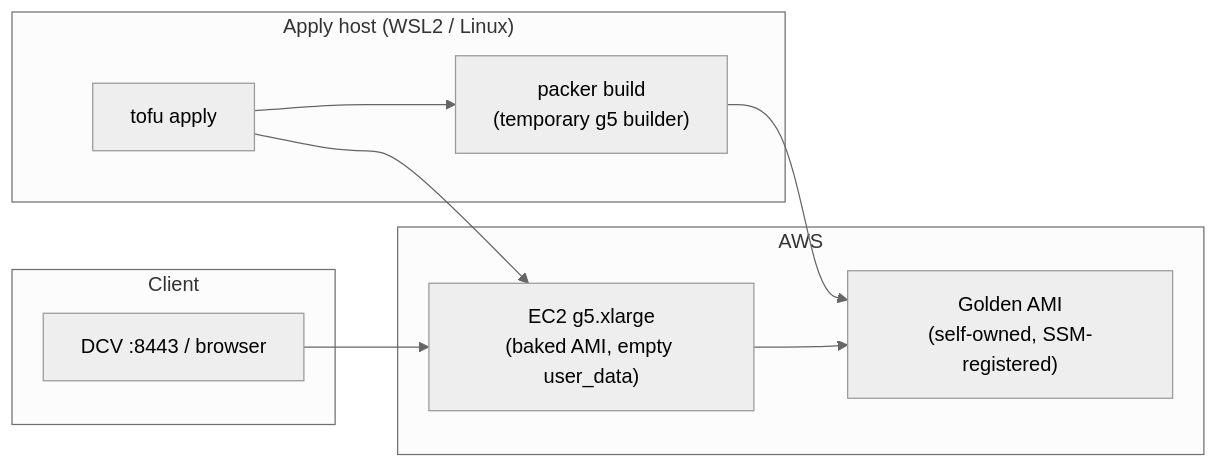
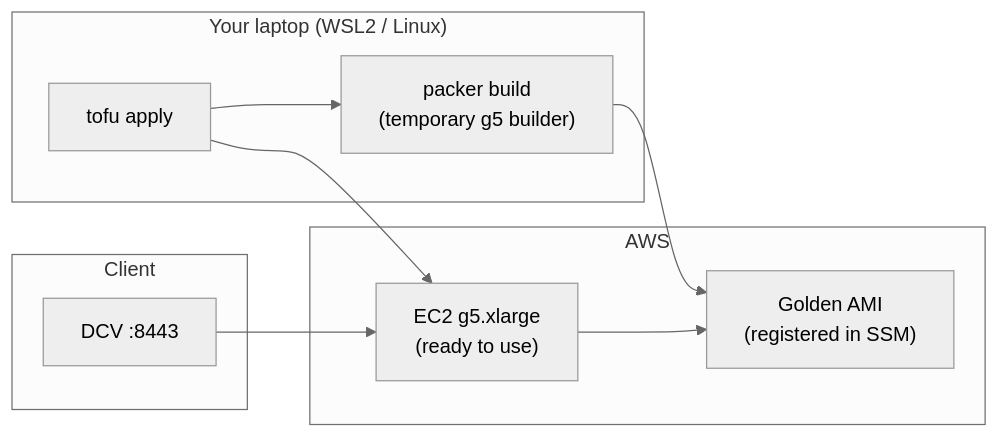
The second of 3 diagrams in README.md (rubencg195/aws-pybullet-environment), drawn with Mermaid (neutral theme) before and after one commit. The commit also changed other lines of this file and 3 other files, not shown here.

````diff
--- a/README.md
+++ b/README.md
@@ -82,19 +33,19 @@
 ```mermaid
 flowchart LR
-  subgraph dev["Apply host (WSL2 / Linux)"]
+  subgraph dev["Your laptop (WSL2 / Linux)"]
     TOFU["tofu apply"]
     PKR["packer build\n(temporary g5 builder)"]
   end
   subgraph aws["AWS"]
-    AMI["Golden AMI\n(self-owned, SSM-registered)"]
-    EC2["EC2 g5.xlarge\n(baked AMI, empty user_data)"]
+    AMI["Golden AMI\n(registered in SSM)"]
+    EC2["EC2 g5.xlarge\n(ready to use)"]
   end
   subgraph client["Client"]
-    DCVC["DCV :8443 / browser"]
+    DCVC["DCV :8443"]
   end
   TOFU --> PKR
   PKR --> AMI
   TOFU --> EC2
   EC2 --> AMI
   DCVC --> EC2
 ```
````
